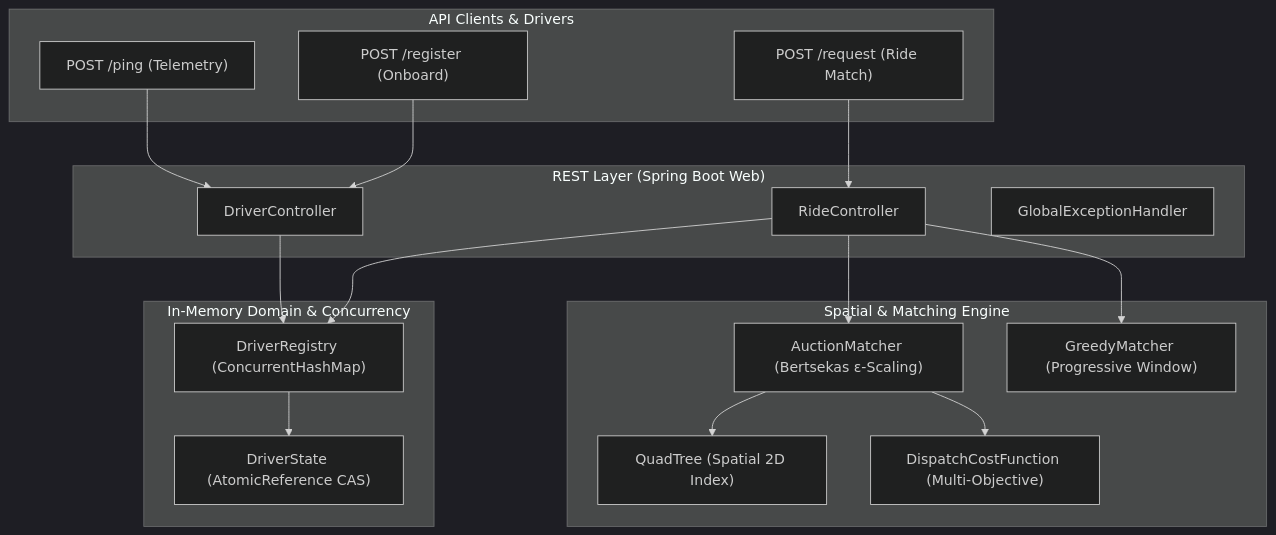
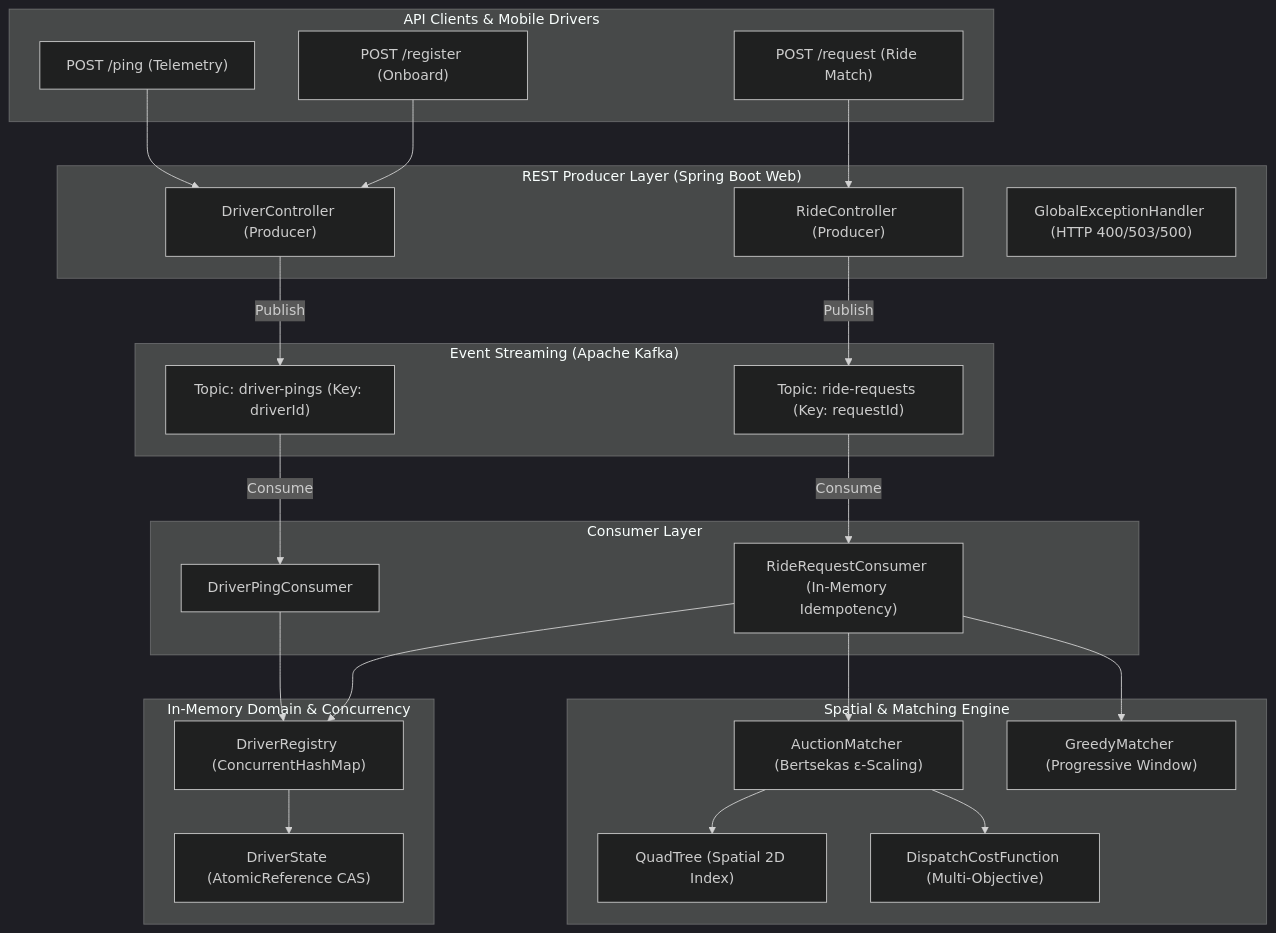
One commit to AagoshRajSri/Rendezvous changed the diagram in README.md. Above: the diagram before and after it, drawn with Mermaid (dark theme). The commit also changed other lines of this file and 23 other files, not shown here.

````diff
--- a/README.md
+++ b/README.md
@@ -16,37 +17,51 @@
 ```mermaid
 graph TD
-    subgraph Client["API Clients & Drivers"]
+    subgraph Clients["API Clients & Mobile Drivers"]
         Ping["POST /ping (Telemetry)"]
         Reg["POST /register (Onboard)"]
         Req["POST /request (Ride Match)"]
     end
 
-    subgraph API["REST Layer (Spring Boot Web)"]
-        DC["DriverController"]
-        RC["RideController"]
-        GEH["GlobalExceptionHandler"]
+    subgraph API["REST Producer Layer (Spring Boot Web)"]
+        DC["DriverController (Producer)"]
+        RC["RideController (Producer)"]
+        GEH["GlobalExceptionHandler (HTTP 400/503/500)"]
+    end
+
+    subgraph Kafka["Event Streaming (Apache Kafka)"]
+        TP1["Topic: driver-pings (Key: driverId)"]
+        TP2["Topic: ride-requests (Key: requestId)"]
+    end
+
+    subgraph Messaging["Consumer Layer"]
+        DPC["DriverPingConsumer"]
+        RRC["RideRequestConsumer (In-Memory Idempotency)"]
     end
 
     subgraph Domain["In-Memory Domain & Concurrency"]
         DR["DriverRegistry (ConcurrentHashMap)"]
         DS["DriverState (AtomicReference CAS)"]
     end
 
     subgraph Matching["Spatial & Matching Engine"]
         QT["QuadTree (Spatial 2D Index)"]
         CF["DispatchCostFunction (Multi-Objective)"]
         AM["AuctionMatcher (Bertsekas ε-Scaling)"]
         GM["GreedyMatcher (Progressive Window)"]
     end
 
     Ping --> DC
     Reg --> DC
     Req --> RC
-    DC --> DR
-    RC --> DR
+    DC -->|Publish| TP1
+    RC -->|Publish| TP2
+    TP1 -->|Consume| DPC
+    TP2 -->|Consume| RRC
+    DPC --> DR
     DR --> DS
-    RC --> AM
-    RC --> GM
+    RRC --> DR
+    RRC --> AM
+    RRC --> GM
     AM --> QT
     AM --> CF
 ```
````
